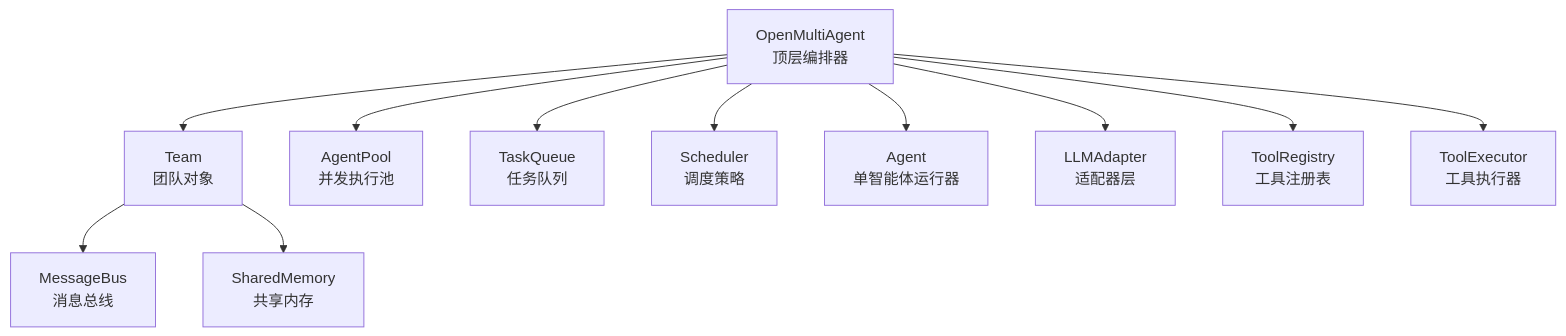
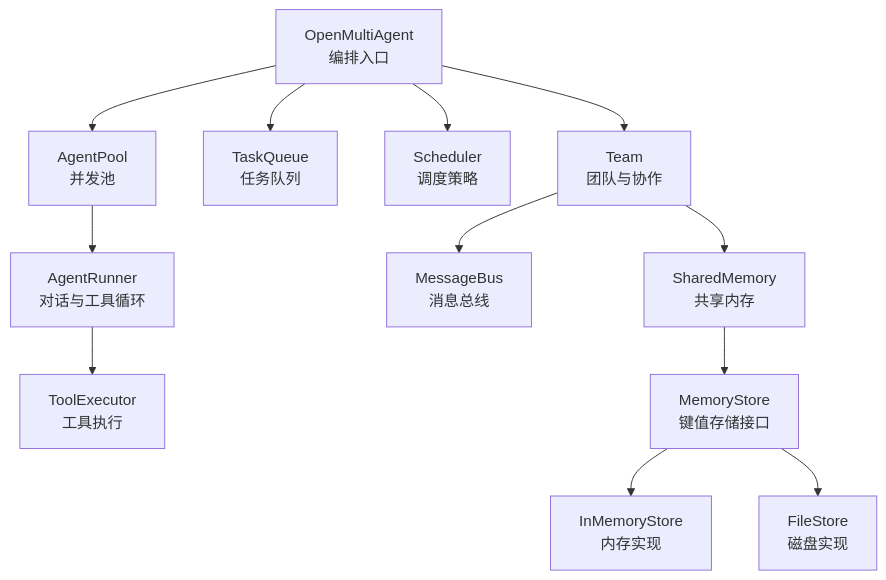
The first of 7 diagrams in .qoder/repowiki/zh/content/API 参考/API 参考.md (haolange/open-multi-agent), drawn with Mermaid before and after one commit. The commit also changed other lines of this file and 293 other files, not shown here.

````diff
--- a/.qoder/repowiki/zh/content/API 参考/API 参考.md
+++ b/.qoder/repowiki/zh/content/API 参考/API 参考.md
@@ -38,13 +47,14 @@
 ```mermaid
 graph TB
-OM["OpenMultiAgent<br/>顶层编排器"] --> TM["Team<br/>团队对象"]
-OM --> AP["AgentPool<br/>并发执行池"]
-OM --> SQ["TaskQueue<br/>任务队列"]
-OM --> SCH["Scheduler<br/>调度策略"]
-OM --> AG["Agent<br/>单智能体运行器"]
-OM --> AD["LLMAdapter<br/>适配器层"]
-OM --> TR["ToolRegistry<br/>工具注册表"]
-OM --> TE["ToolExecutor<br/>工具执行器"]
-TM --> MB["MessageBus<br/>消息总线"]
-TM --> SM["SharedMemory<br/>共享内存"]
+A["OpenMultiAgent<br/>编排入口"] --> B["Team<br/>团队与协作"]
+A --> C["TaskQueue<br/>任务队列"]
+A --> D["Scheduler<br/>调度策略"]
+A --> E["AgentPool<br/>并发池"]
+E --> F["AgentRunner<br/>对话与工具循环"]
+F --> G["ToolExecutor<br/>工具执行"]
+B --> H["MessageBus<br/>消息总线"]
+B --> I["SharedMemory<br/>共享内存"]
+I --> J["MemoryStore<br/>键值存储接口"]
+J --> K["InMemoryStore<br/>内存实现"]
+J --> L["FileStore<br/>磁盘实现"]
 ```
````
